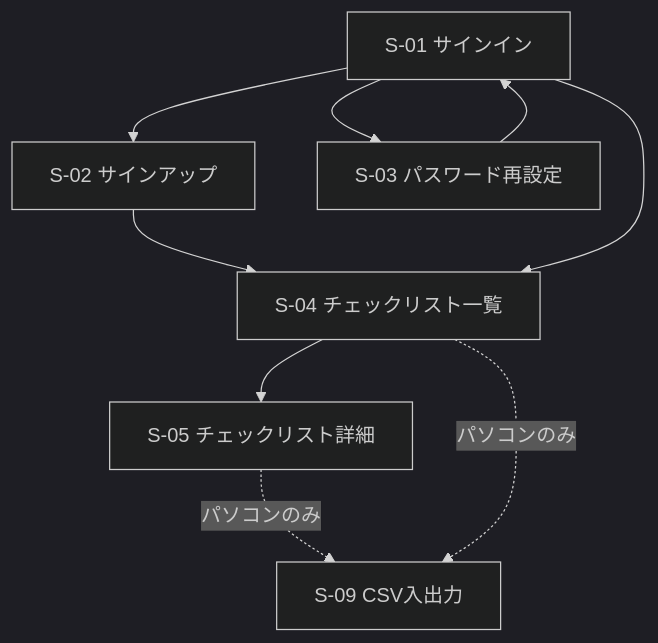
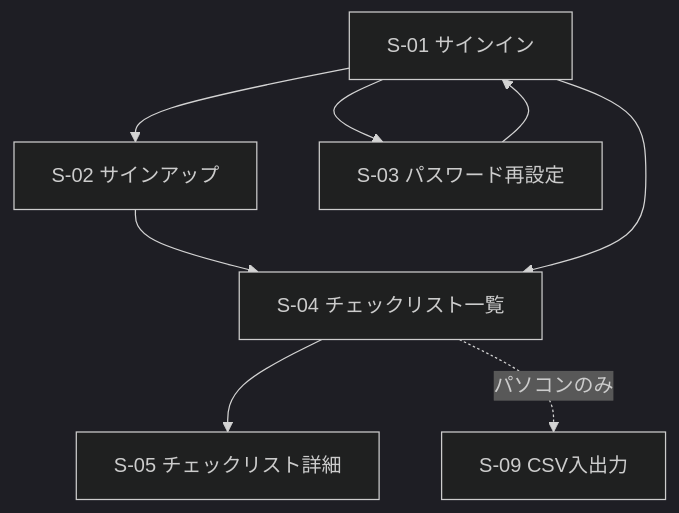
The second of 3 diagrams in doc/persistent/functional-design.md (ogawaj/Amplify-G2-Checklist), drawn with Mermaid (dark theme) before and after one commit. The commit also changed other lines of this file and 48 other files, not shown here.

````diff
--- a/doc/persistent/functional-design.md
+++ b/doc/persistent/functional-design.md
@@ -95,18 +95,17 @@
 ```mermaid
 flowchart TD
     S01["S-01 サインイン"]
     S02["S-02 サインアップ"]
     S03["S-03 パスワード再設定"]
     S04["S-04 チェックリスト一覧"]
     S05["S-05 チェックリスト詳細"]
     S09["S-09 CSV入出力"]
 
     S01 --> S02
     S01 --> S03
     S02 --> S04
     S03 --> S01
     S01 --> S04
     S04 --> S05
-    S05 -. パソコンのみ .-> S09
     S04 -. パソコンのみ .-> S09
 ```
````
